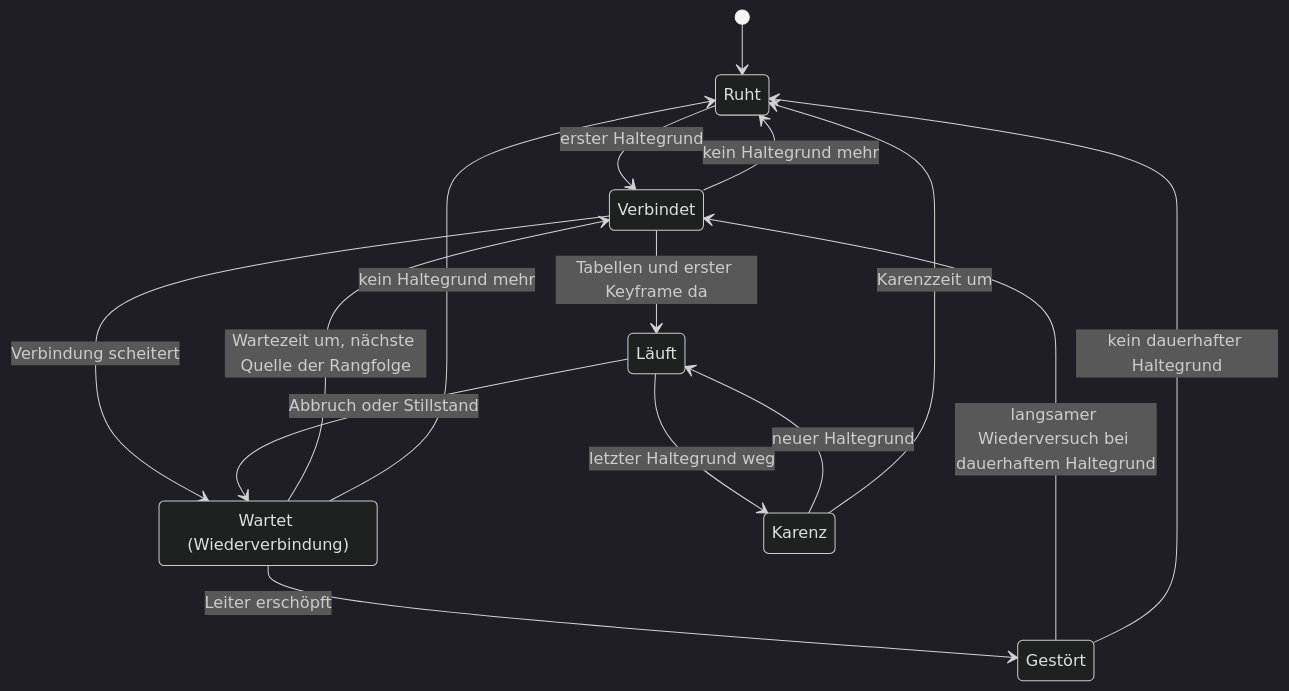
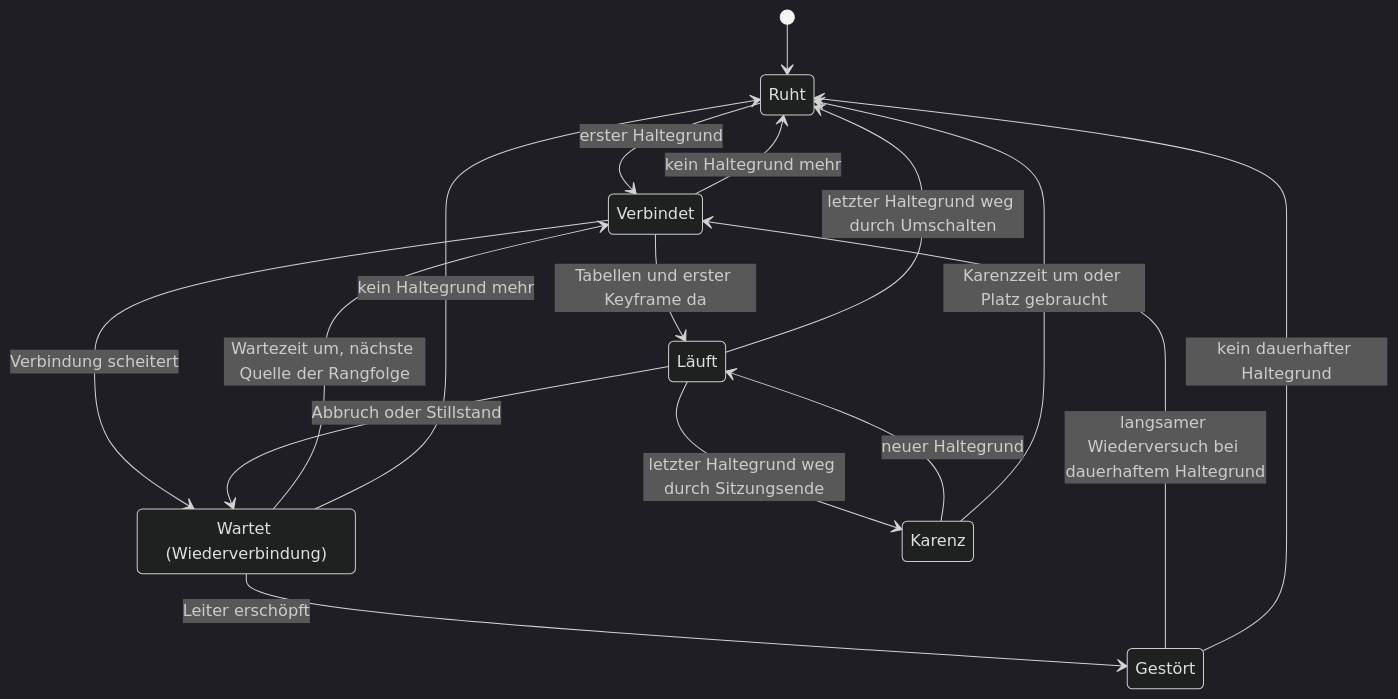
Before and after one commit to SlouchCat/slouchcat: the third of 3 diagrams in docs/planning/28-live-tv/04-architektur.md, drawn with Mermaid (dark theme). The commit also changed other lines of this file and 1 other file, not shown here.

First line of the commit message:
docs(planning): concept 28 live TV, architecture and streaming, version 2

````diff
--- a/docs/planning/28-live-tv/04-architektur.md
+++ b/docs/planning/28-live-tv/04-architektur.md
@@ -259,24 +301,25 @@
 ```mermaid
 stateDiagram-v2
   state "Ruht" as Ruht
   state "Verbindet" as Verbindet
   state "Läuft" as Laeuft
   state "Wartet (Wiederverbindung)" as Wartet
   state "Gestört" as Gestoert
   state "Karenz" as Karenz
 
   [*] --> Ruht
   Ruht --> Verbindet: erster Haltegrund
   Verbindet --> Laeuft: Tabellen und erster Keyframe da
   Verbindet --> Wartet: Verbindung scheitert
   Laeuft --> Wartet: Abbruch oder Stillstand
   Wartet --> Verbindet: Wartezeit um, nächste Quelle der Rangfolge
   Wartet --> Gestoert: Leiter erschöpft
   Gestoert --> Verbindet: langsamer Wiederversuch bei dauerhaftem Haltegrund
   Gestoert --> Ruht: kein dauerhafter Haltegrund
-  Laeuft --> Karenz: letzter Haltegrund weg
+  Laeuft --> Karenz: letzter Haltegrund weg durch Sitzungsende
+  Laeuft --> Ruht: letzter Haltegrund weg durch Umschalten
   Karenz --> Laeuft: neuer Haltegrund
-  Karenz --> Ruht: Karenzzeit um
+  Karenz --> Ruht: Karenzzeit um oder Platz gebraucht
   Verbindet --> Ruht: kein Haltegrund mehr
   Wartet --> Ruht: kein Haltegrund mehr
 ```
````
